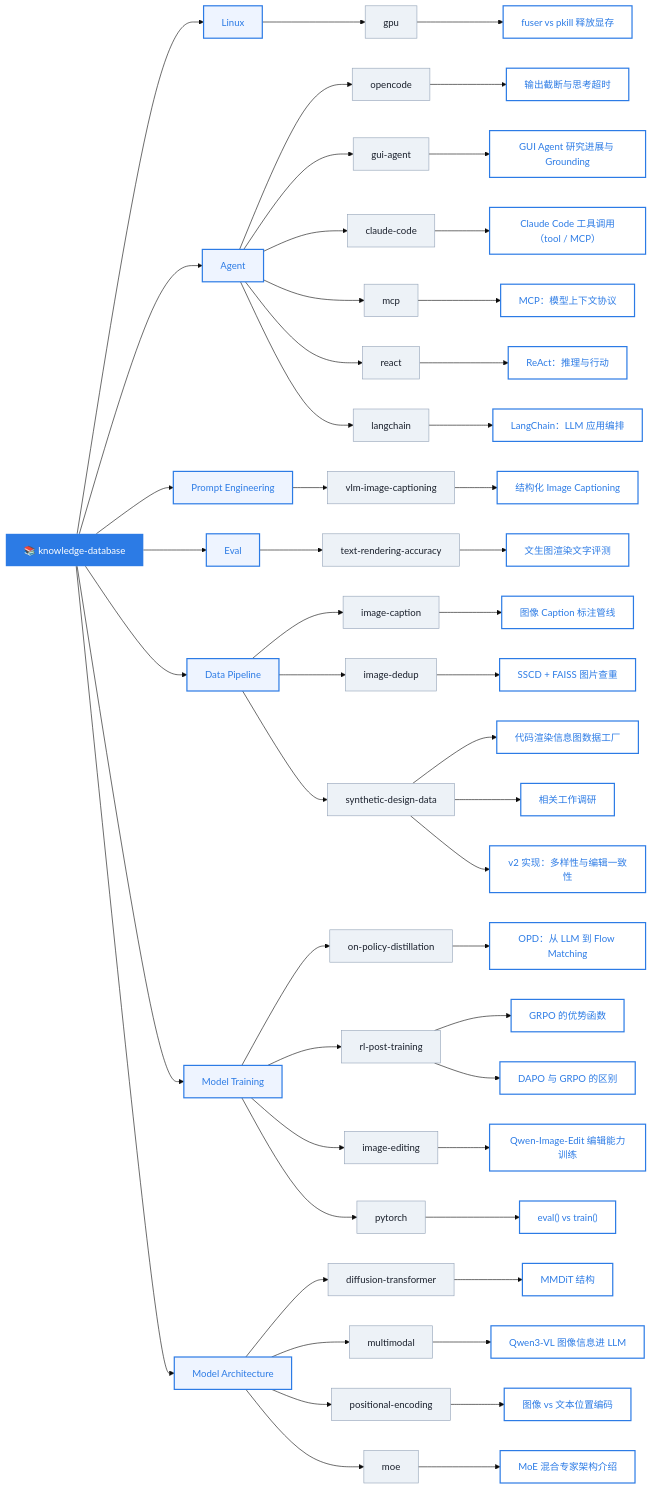
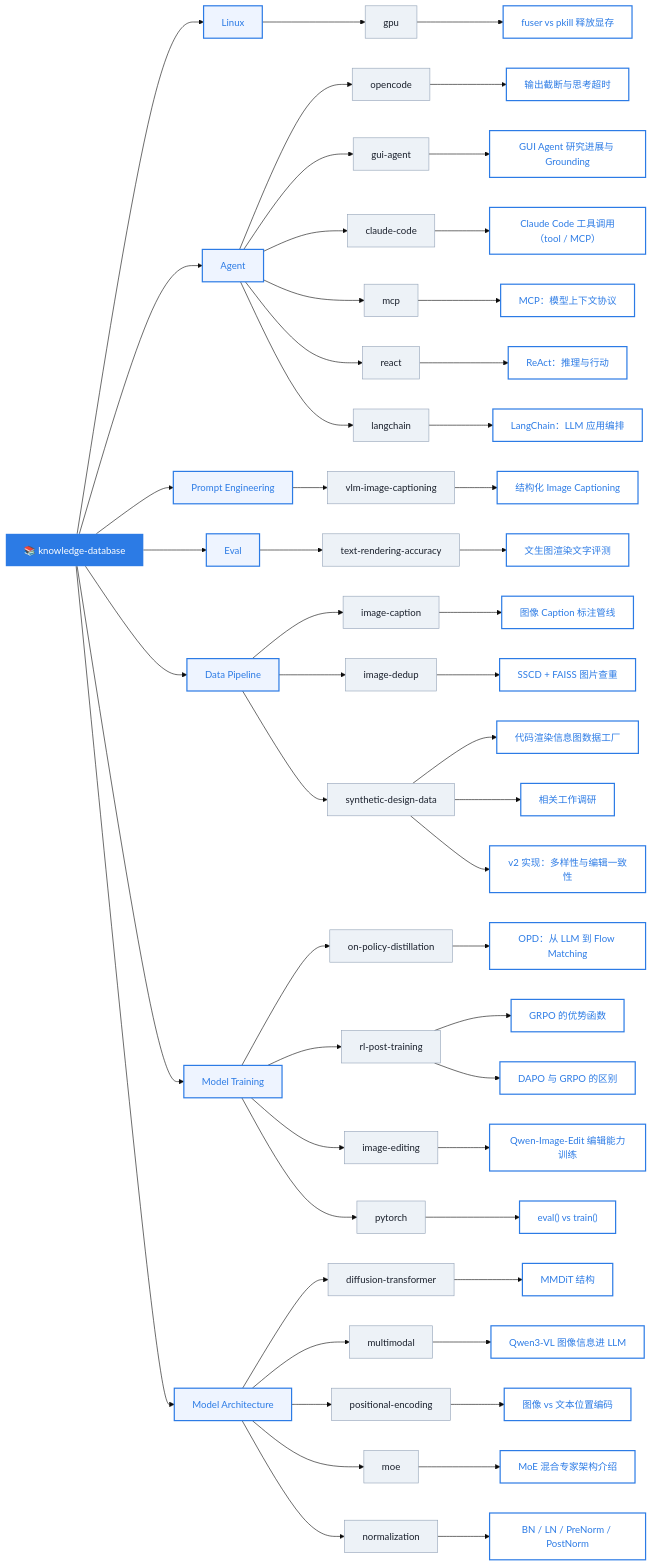
One commit to caseclose/knowledge-database changed the diagram in README.md. Above: the diagram before and after it, drawn with Mermaid (base theme). The commit also changed other lines of this file and 2 other files, not shown here.

Commit message:
add: BatchNorm / LayerNorm / PreNorm / PostNorm 区别
按统计范围和残差位置两轴对比，并挂到 Model Architecture 与总览图。

````diff
--- a/README.md
+++ b/README.md
@@ -70,6 +70,8 @@
     PEnc --> K18["图像 vs 文本位置编码"]
     MA --> MoE["moe"]
     MoE --> K19["MoE 混合专家架构介绍"]
+    MA --> Norm["normalization"]
+    Norm --> K24["BN / LN / PreNorm / PostNorm"]
 
     classDef root fill:#2c7be5,color:#fff,stroke:none
     classDef category fill:#eef4ff,color:#2c7be5,stroke:#2c7be5,stroke-width:2px
@@ -78,8 +80,8 @@
 
     class KB root
     class Linux,Agent,PE,Eval,DP,MT,MA category
-    class GPU,OC,GUI,CC,MCP,RA,LC,PE1,EV1,DP1,DP2,DP3,OPD,RLPT,IE,PT,DT,MM,PEnc,MoE sub
-    class K1,K2,K3,K4,K5,K6,K7,K8,K9,K10,K11,K12,K13,K14,K15,K16,K17,K18,K19,K20,K21,K22,K23 knowledge
+    class GPU,OC,GUI,CC,MCP,RA,LC,PE1,EV1,DP1,DP2,DP3,OPD,RLPT,IE,PT,DT,MM,PEnc,MoE,Norm sub
+    class K1,K2,K3,K4,K5,K6,K7,K8,K9,K10,K11,K12,K13,K14,K15,K16,K17,K18,K19,K20,K21,K22,K23,K24 knowledge
 
     click K1 href "#/linux/gpu/fuser-vs-pkill-release-gpu-memory"
     click K2 href "#/agent/opencode/output-truncation-and-thinking-timeout"
@@ -104,4 +106,5 @@
     click K21 href "#/model-training/pytorch/eval-vs-train"
     click K22 href "#/agent/react/react-reasoning-and-acting"
     click K23 href "#/agent/langchain/langchain-intro"
+    click K24 href "#/model-architecture/normalization/batchnorm-layernorm-prenorm-postnorm"
 ```
````
